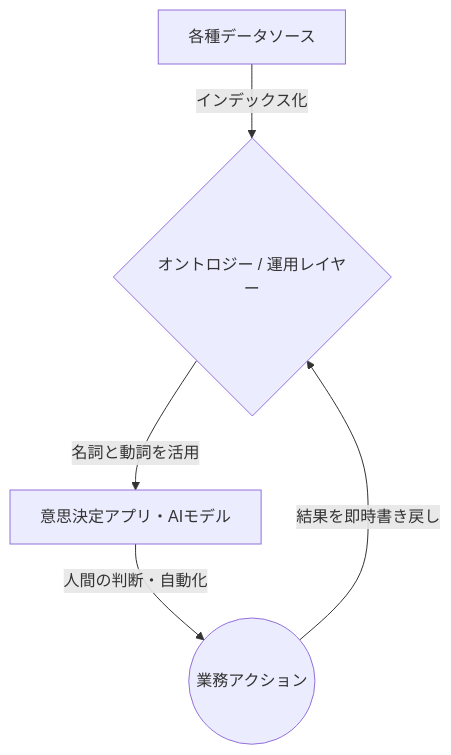
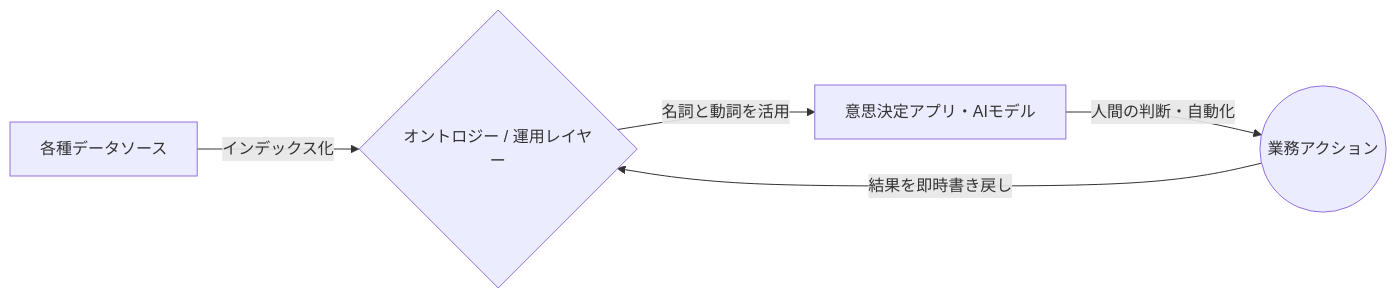
One commit to jonnydubowsky/palantir-ontology-strategy changed the second of 9 diagrams in docs/the-palantir-impact.md. Above: the diagram before and after it, drawn with Mermaid. The commit also changed other lines of this file, not shown here.

````diff
--- a/docs/the-palantir-impact.md
+++ b/docs/the-palantir-impact.md
@@ -39,7 +39,7 @@
 ```mermaid
-flowchart TD
+flowchart LR
     A2[各種データソース] -->|インデックス化| B2{オントロジー / 運用レイヤー}
     B2 -->|名詞と動詞を活用| C2[意思決定アプリ・AIモデル]
     C2 -->|人間の判断・自動化| D2((業務アクション))
     D2 -->|結果を即時書き戻し| B2
 ```
````
